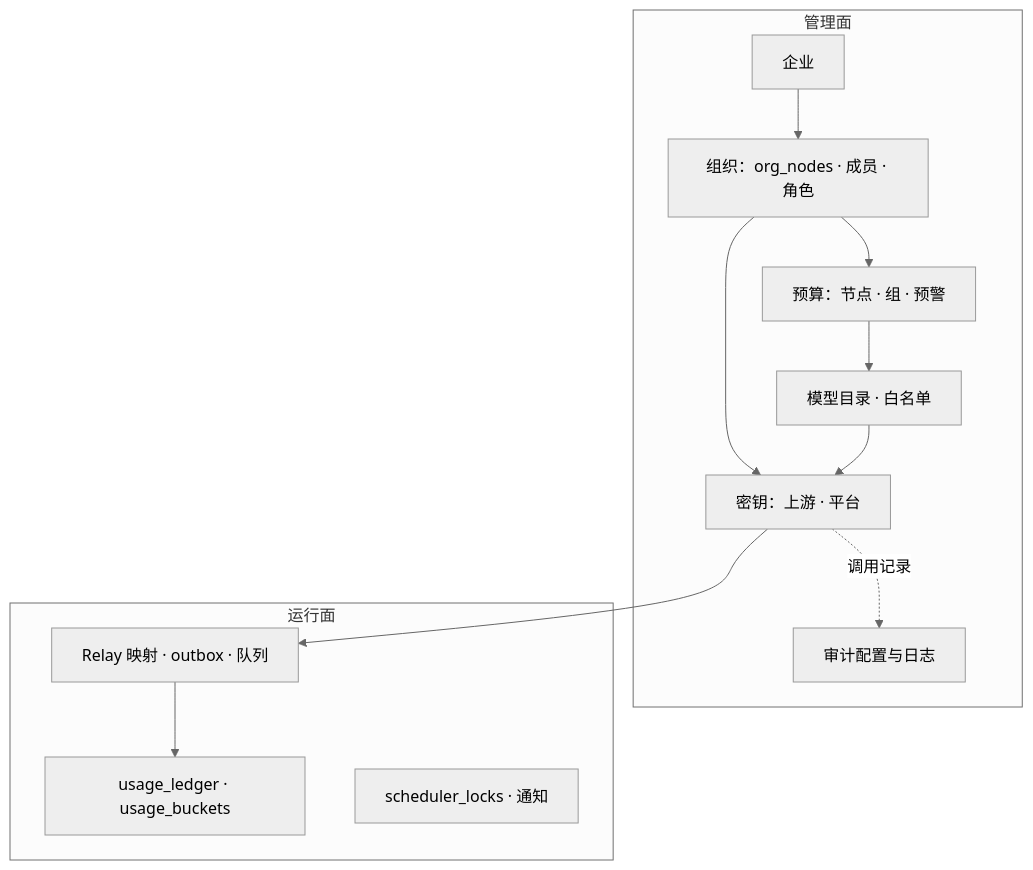
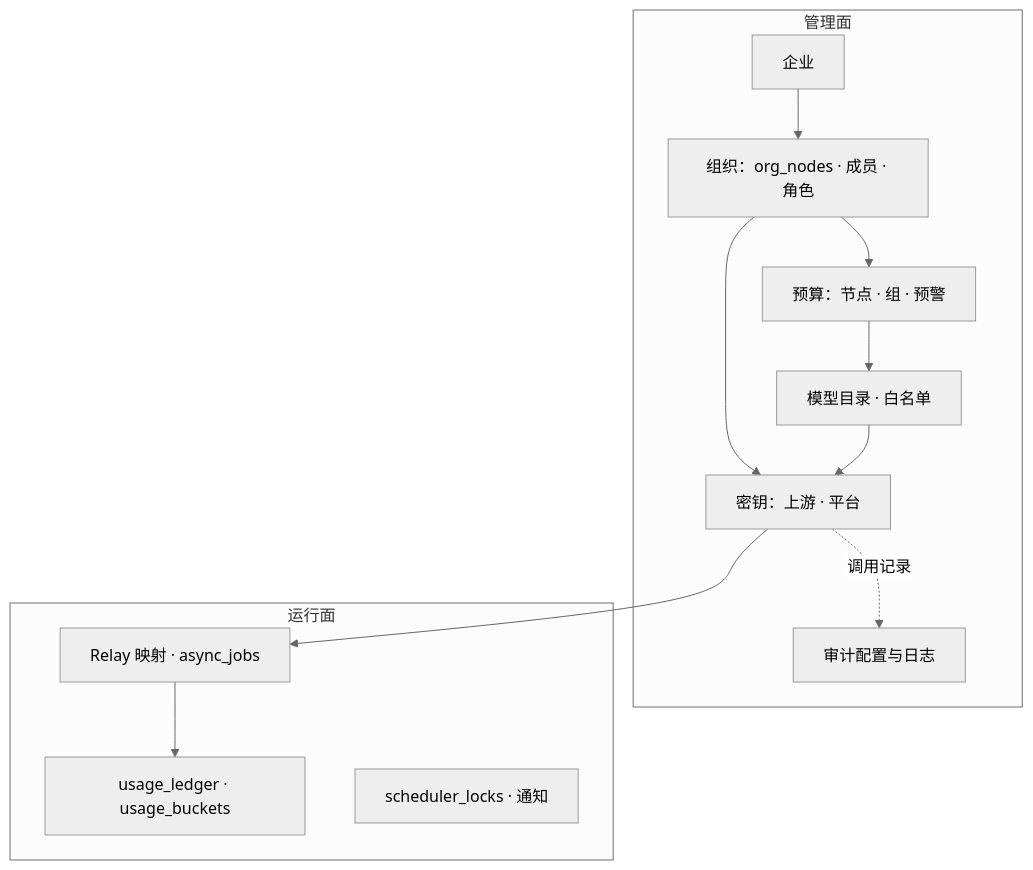
One commit to quyip8818/mytokenjoy changed the first of 8 diagrams in docs/Backend-存储.md. Above: the diagram before and after it, drawn with Mermaid (neutral theme). The commit also changed other lines of this file and 96 other files, not shown here.

````diff
--- a/docs/Backend-存储.md
+++ b/docs/Backend-存储.md
@@ -31,26 +31,26 @@
 ```mermaid
 flowchart TB
   subgraph mgmt [管理面]
     CO[企业]
     ORG[组织：org_nodes · 成员 · 角色]
     BUD[预算：节点 · 组 · 预警]
     KEY[密钥：上游 · 平台]
     MOD[模型目录 · 白名单]
     AUD[审计配置与日志]
   end
 
   subgraph runtime [运行面]
     USG[usage_ledger · usage_buckets]
-    RLY[Relay 映射 · outbox · 队列]
+    RLY[Relay 映射 · async_jobs]
     OPS[scheduler_locks · 通知]
   end
 
   CO --> ORG
   ORG --> BUD
   ORG --> KEY
   MOD --> KEY
   BUD --> MOD
   KEY --> RLY
   RLY --> USG
   KEY -.->|调用记录| AUD
 ```
````
